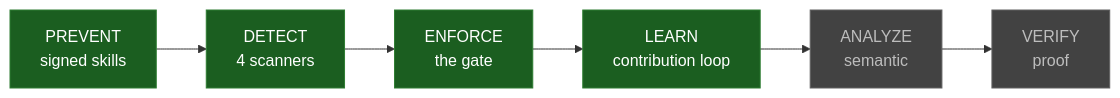
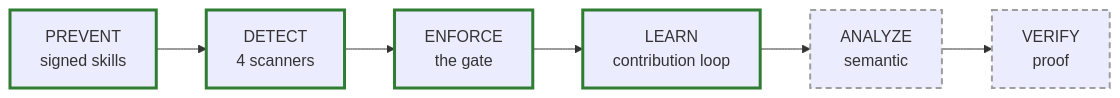
One commit to nguyencongnamit/skills-library changed the diagram in docs/concepts/roadmap.md. Above: the diagram before and after it, drawn with Mermaid.

Commit message:
docs: fix lifecycle diagram legibility (stroke-only classDef)
Material's mermaid renderer overrides classDef `color`, so the white-on-dark-fill
node labels rendered as unreadable dark text. Switch to stroke-only styling
(bold green outline = shipped, dashed grey = future) so labels use the theme's
always-legible default text colour in both light and dark mode.

Claude-Session: https://claude.ai/code/session_013htmEmZjzpiGMuJNRDCXPV

````diff
--- a/docs/concepts/roadmap.md
+++ b/docs/concepts/roadmap.md
@@ -9,13 +9,17 @@
 ```mermaid
 flowchart LR
     P["PREVENT<br/>signed skills"] --> D["DETECT<br/>4 scanners"]
     D --> E["ENFORCE<br/>the gate"]
     E --> L["LEARN<br/>contribution loop"]
     L --> A["ANALYZE<br/>semantic"]
     A --> V["VERIFY<br/>proof"]
 
-    classDef shipped fill:#1b5e20,stroke:#2e7d32,color:#fff
-    classDef future fill:#424242,stroke:#616161,color:#bdbdbd
+    %% Stroke-only styling so the node labels keep the theme's default
+    %% (always-legible) text colour — Material overrides classDef `color`,
+    %% which made white-on-dark-fill labels unreadable. Shipped = bold green
+    %% outline; future = dashed grey outline.
+    classDef shipped stroke:#2e7d32,stroke-width:3px
+    classDef future stroke:#9e9e9e,stroke-width:2px,stroke-dasharray:6 4
     class P,D,E,L shipped
     class A,V future
 ```
````
